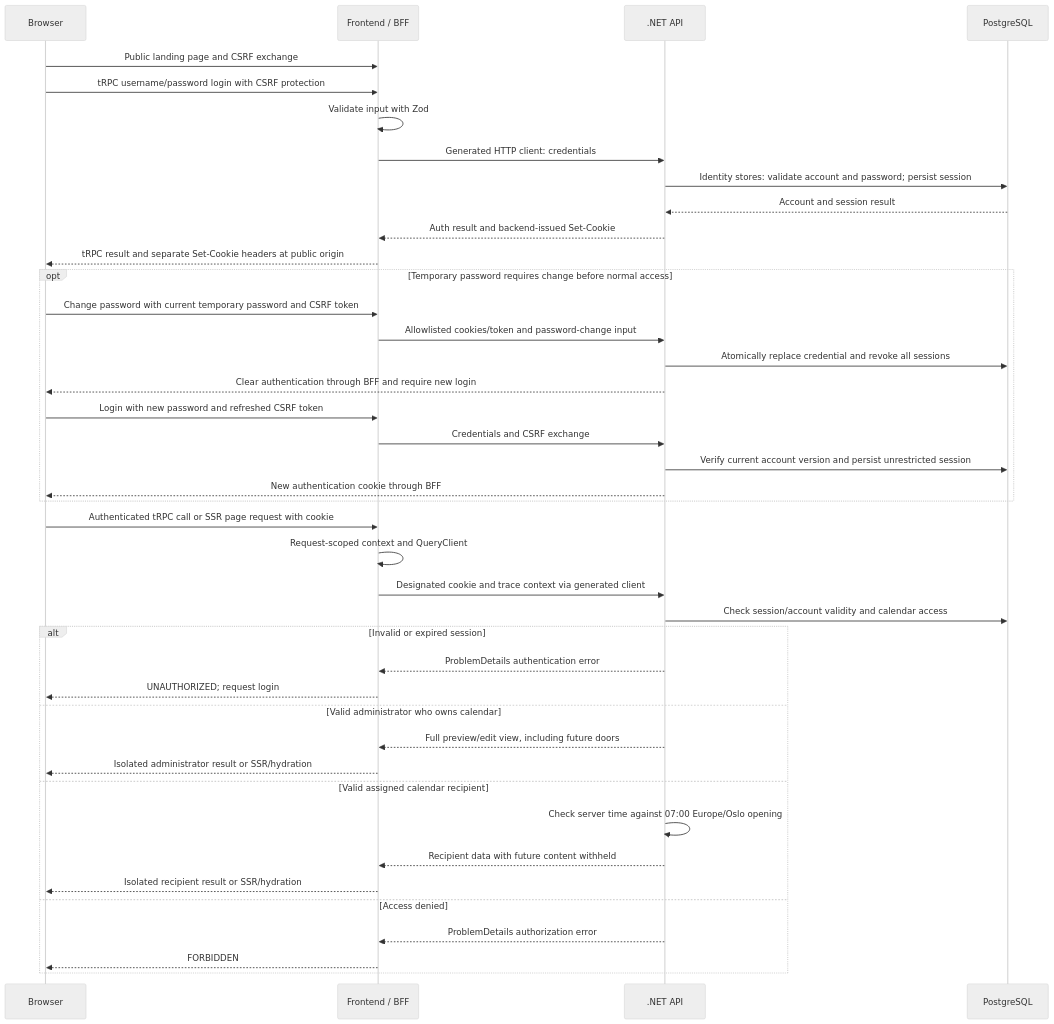
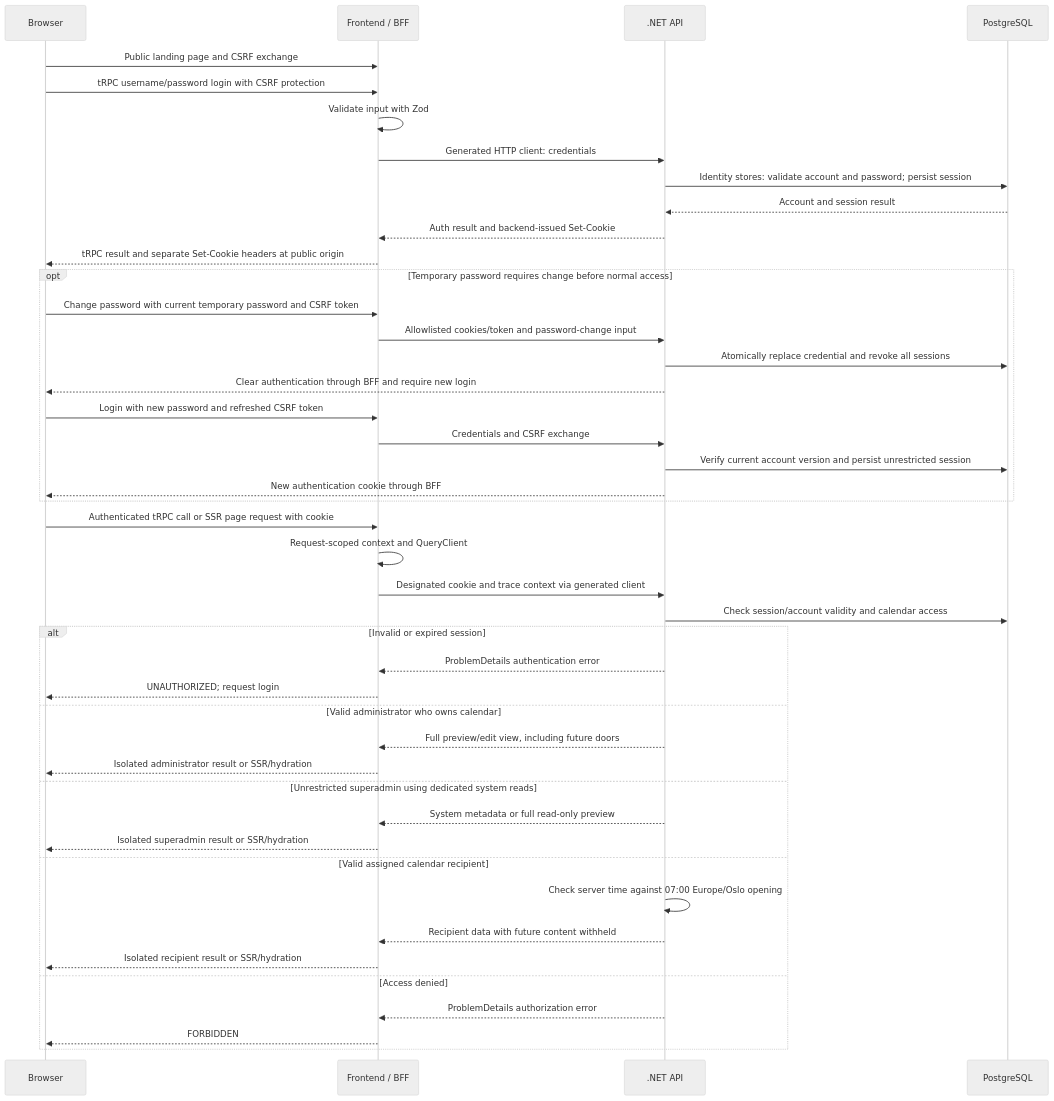
One commit to Pipehill/advent-calendar changed the third of 4 diagrams in docs/architecture.md. Above: the diagram before and after it, drawn with Mermaid (neutral theme). The commit also changed other lines of this file and 42 other files, not shown here.

Commit message:
[FEATURE]: Add superadmin calendar overview and read-only preview (#46)

````diff
--- a/docs/architecture.md
+++ b/docs/architecture.md
@@ -430,43 +445,46 @@
 ```mermaid
 sequenceDiagram
     participant Browser
     participant BFF as Frontend / BFF
     participant API as .NET API
     participant DB as PostgreSQL
     Browser->>BFF: Public landing page and CSRF exchange
     Browser->>BFF: tRPC username/password login with CSRF protection
     BFF->>BFF: Validate input with Zod
     BFF->>API: Generated HTTP client: credentials
     API->>DB: Identity stores: validate account and password#59; persist session
     DB-->>API: Account and session result
     API-->>BFF: Auth result and backend-issued Set-Cookie
     BFF-->>Browser: tRPC result and separate Set-Cookie headers at public origin
     opt Temporary password requires change before normal access
         Browser->>BFF: Change password with current temporary password and CSRF token
         BFF->>API: Allowlisted cookies/token and password-change input
         API->>DB: Atomically replace credential and revoke all sessions
         API-->>Browser: Clear authentication through BFF and require new login
         Browser->>BFF: Login with new password and refreshed CSRF token
         BFF->>API: Credentials and CSRF exchange
         API->>DB: Verify current account version and persist unrestricted session
         API-->>Browser: New authentication cookie through BFF
     end
     Browser->>BFF: Authenticated tRPC call or SSR page request with cookie
     BFF->>BFF: Request-scoped context and QueryClient
     BFF->>API: Designated cookie and trace context via generated client
     API->>DB: Check session/account validity and calendar access
     alt Invalid or expired session
         API-->>BFF: ProblemDetails authentication error
         BFF-->>Browser: UNAUTHORIZED#59; request login
     else Valid administrator who owns calendar
         API-->>BFF: Full preview/edit view, including future doors
         BFF-->>Browser: Isolated administrator result or SSR/hydration
+    else Unrestricted superadmin using dedicated system reads
+        API-->>BFF: System metadata or full read-only preview
+        BFF-->>Browser: Isolated superadmin result or SSR/hydration
     else Valid assigned calendar recipient
         API->>API: Check server time against 07:00 Europe/Oslo opening
         API-->>BFF: Recipient data with future content withheld
         BFF-->>Browser: Isolated recipient result or SSR/hydration
     else Access denied
         API-->>BFF: ProblemDetails authorization error
         BFF-->>Browser: FORBIDDEN
     end
 ```
````
